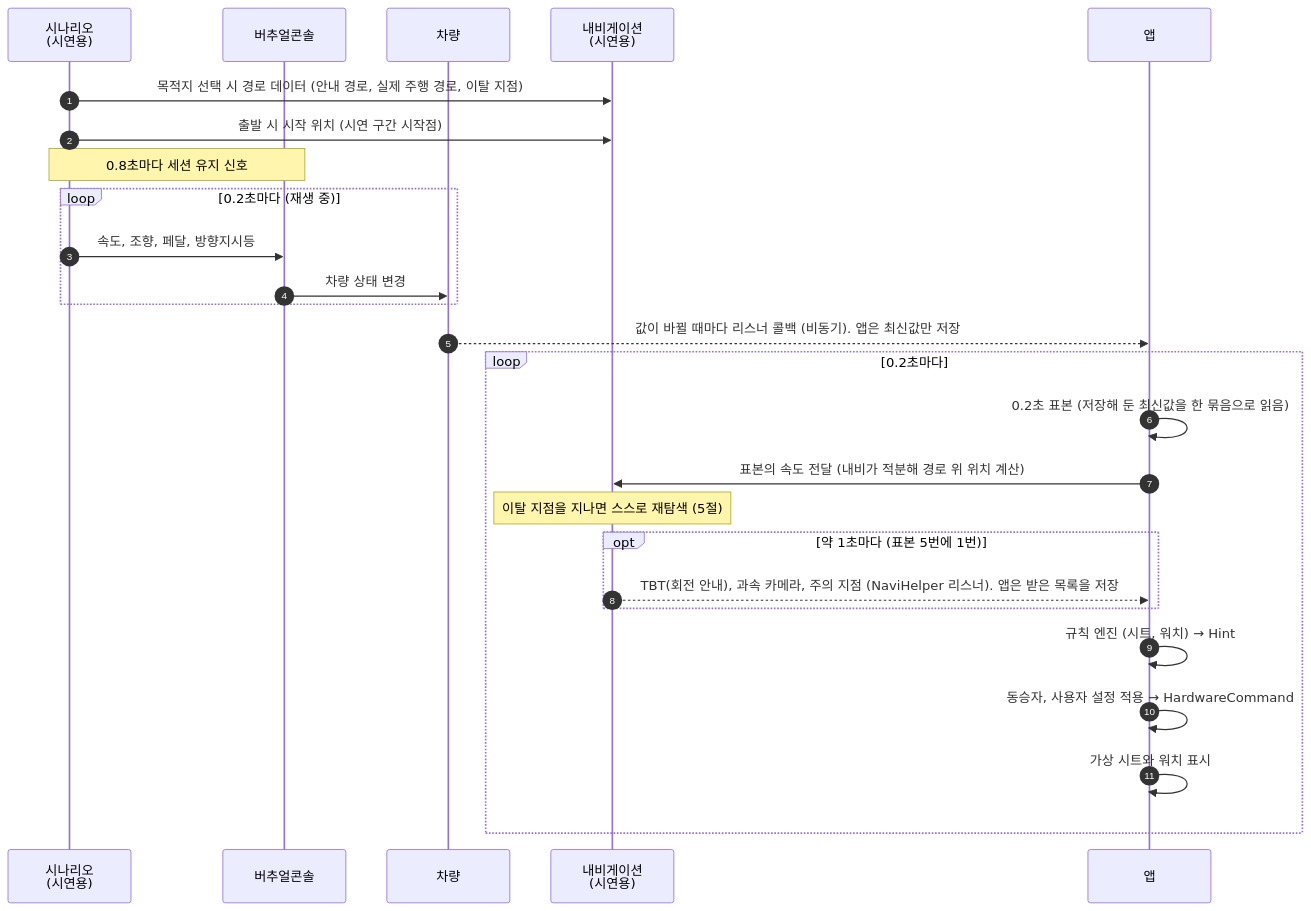
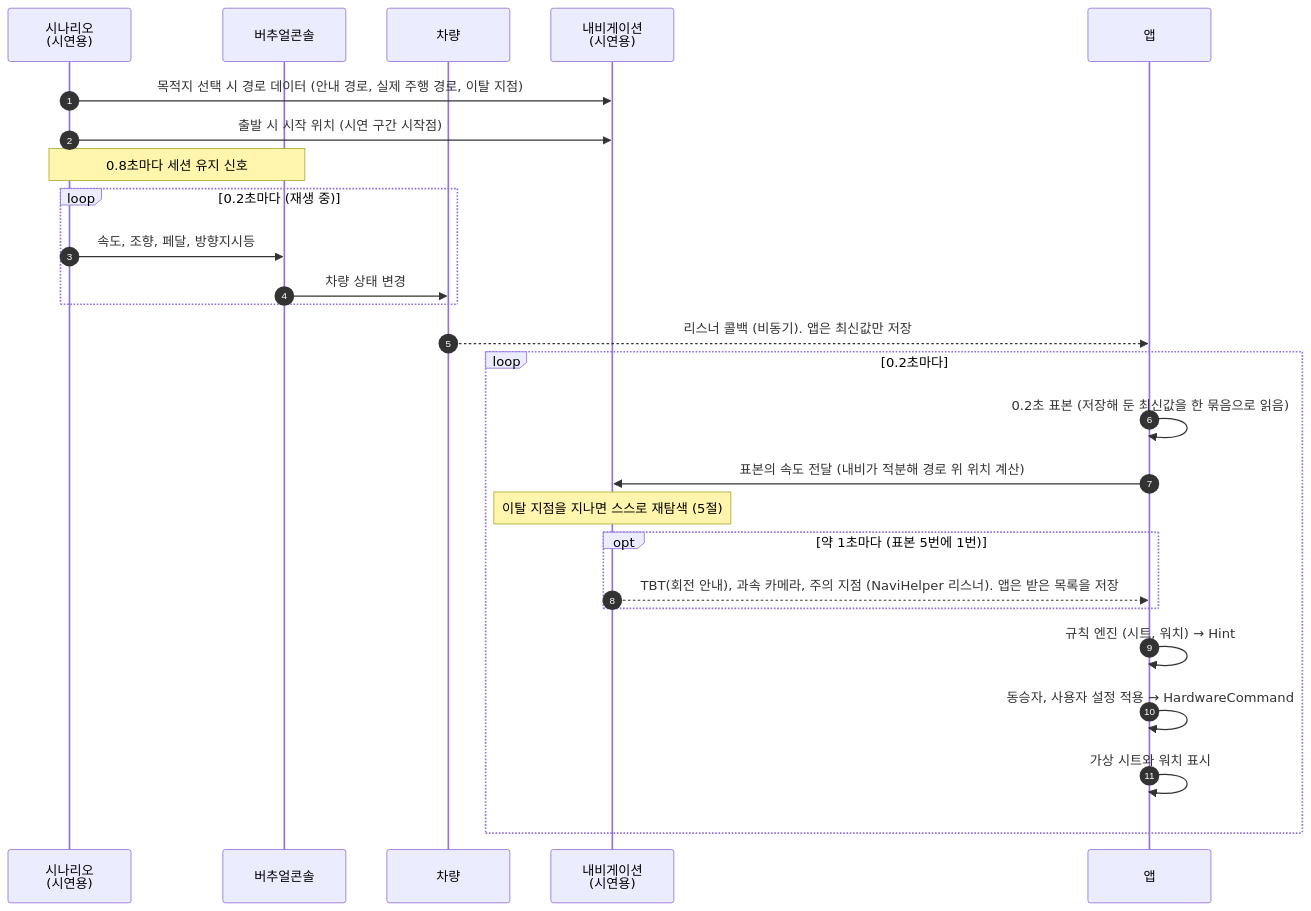
Before and after one commit to jujaya920-ui/Active-Seat-For-All: the first of 2 diagrams in docs/HardwareControl.md, drawn with Mermaid. The commit also changed other lines of this file, not shown here.

````diff
--- a/docs/HardwareControl.md
+++ b/docs/HardwareControl.md
@@ -11,29 +11,29 @@
 ```mermaid
 sequenceDiagram
     autonumber
     participant SC as 시나리오<br/>(시연용)
     participant VC as 버추얼콘솔
     participant CAR as 차량
     participant NAV as 내비게이션<br/>(시연용)
     participant APP as 앱
 
     SC->>NAV: 목적지 선택 시 경로 데이터 (안내 경로, 실제 주행 경로, 이탈 지점)
     SC->>NAV: 출발 시 시작 위치 (시연 구간 시작점)
     Note over SC,VC: 0.8초마다 세션 유지 신호
     loop 0.2초마다 (재생 중)
         SC->>VC: 속도, 조향, 페달, 방향지시등
         VC->>CAR: 차량 상태 변경
     end
-    CAR-->>APP: 값이 바뀔 때마다 리스너 콜백 (비동기). 앱은 최신값만 저장
+    CAR-->>APP: 리스너 콜백 (비동기). 앱은 최신값만 저장
     loop 0.2초마다
         APP->>APP: 0.2초 표본 (저장해 둔 최신값을 한 묶음으로 읽음)
         APP->>NAV: 표본의 속도 전달 (내비가 적분해 경로 위 위치 계산)
         Note over NAV: 이탈 지점을 지나면 스스로 재탐색 (5절)
         opt 약 1초마다 (표본 5번에 1번)
             NAV-->>APP: TBT(회전 안내), 과속 카메라, 주의 지점 (NaviHelper 리스너). 앱은 받은 목록을 저장
         end
         APP->>APP: 규칙 엔진 (시트, 워치) → Hint
         APP->>APP: 동승자, 사용자 설정 적용 → HardwareCommand
         APP->>APP: 가상 시트와 워치 표시
     end
 ```
````
